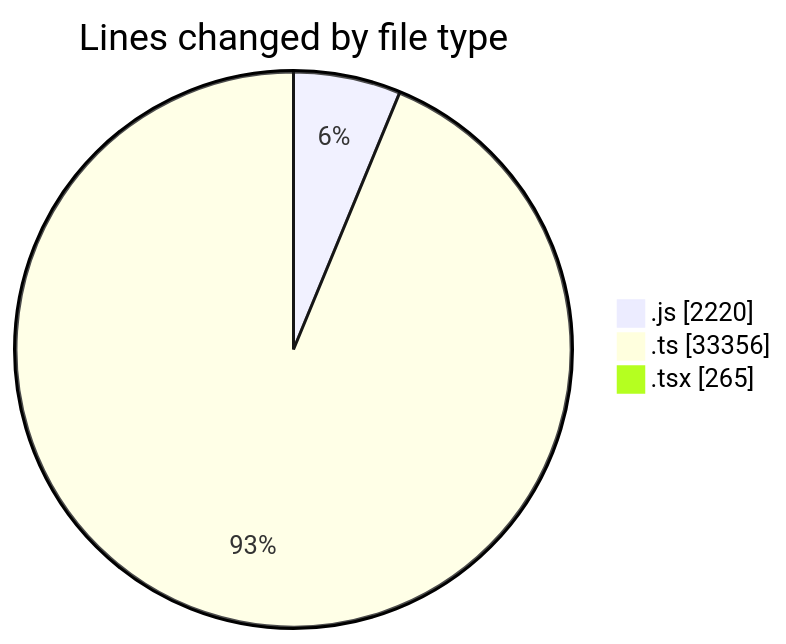
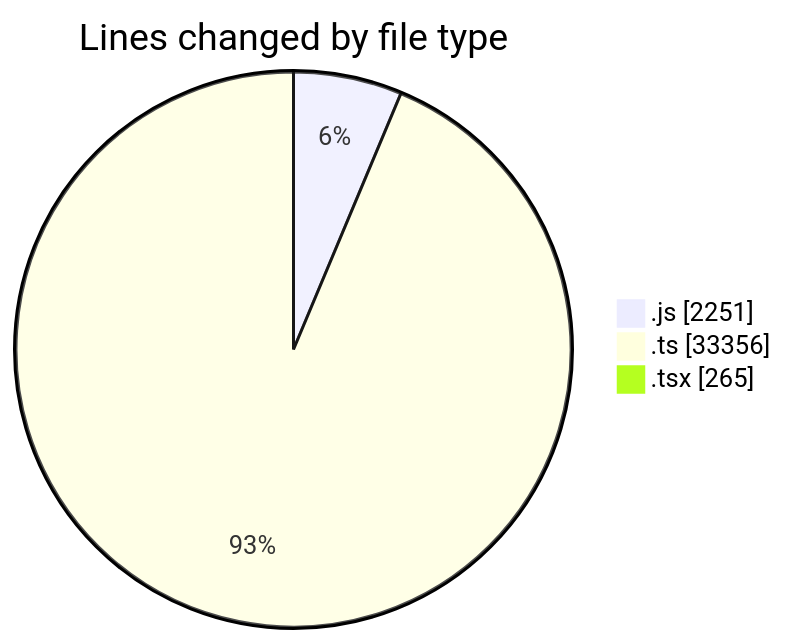
One commit to momahboobian/code-tracking changed the first of 2 diagrams in 2026-02-09/cda/README.md. Above: the diagram before and after it, drawn with Mermaid. The commit also changed other lines of this file and 1 other file, not shown here.

````diff
--- a/2026-02-09/cda/README.md
+++ b/2026-02-09/cda/README.md
@@ -37,7 +37,7 @@
 ```mermaid
 pie showData
 title Lines changed by file type
-".js" : 2220
+".js" : 2251
 ".ts" : 33356
 ".tsx" : 265
 ```
````
